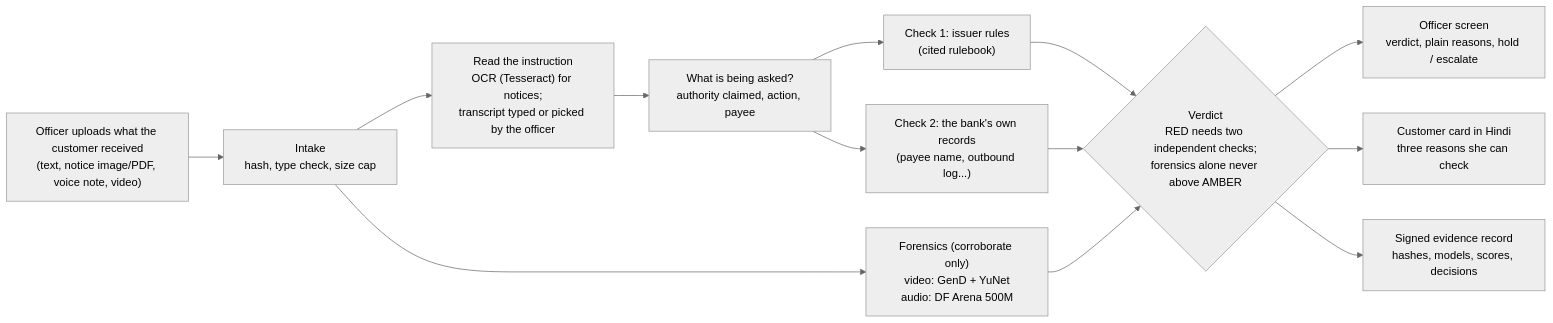
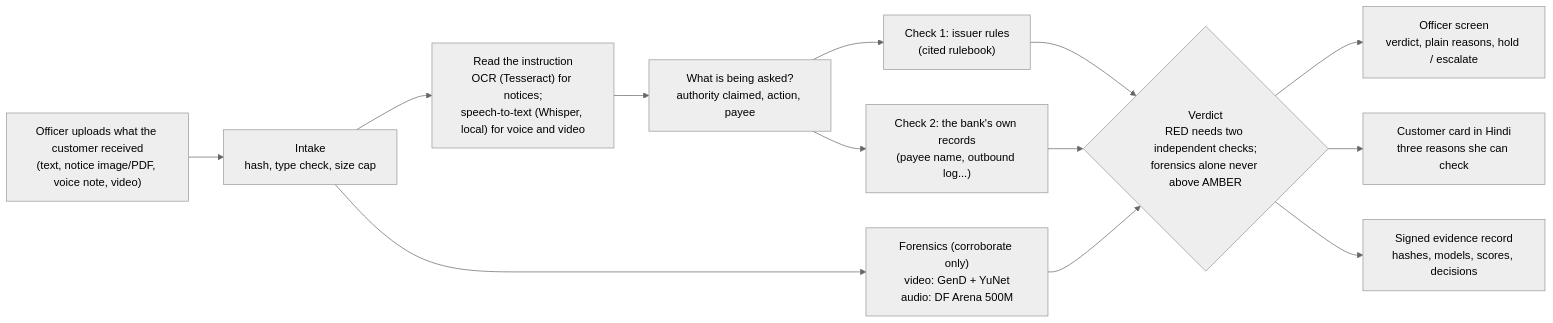
Before and after one commit to codebreaker32/satyapan: the first of 2 diagrams in docs/architecture.md, drawn with Mermaid (neutral theme). The commit also changed other lines of this file and 10 other files, not shown here.

````diff
--- a/docs/architecture.md
+++ b/docs/architecture.md
@@ -9,15 +9,15 @@
 ```mermaid
 flowchart LR
     A["Officer uploads what the customer received<br/>(text, notice image/PDF, voice note, video)"] --> B["Intake<br/>hash, type check, size cap"]
-    B --> C["Read the instruction<br/>OCR (Tesseract) for notices;<br/>transcript typed or picked by the officer"]
+    B --> C["Read the instruction<br/>OCR (Tesseract) for notices;<br/>speech-to-text (Whisper, local) for voice and video"]
     C --> D["What is being asked?<br/>authority claimed, action, payee"]
     D --> F1["Check 1: issuer rules<br/>(cited rulebook)"]
     D --> F2["Check 2: the bank's own records<br/>(payee name, outbound log...)"]
     B --> F3["Forensics (corroborate only)<br/>video: GenD + YuNet<br/>audio: DF Arena 500M"]
     F1 --> V{"Verdict<br/>RED needs two independent checks;<br/>forensics alone never above AMBER"}
     F2 --> V
     F3 --> V
     V --> O1["Officer screen<br/>verdict, plain reasons, hold / escalate"]
     V --> O2["Customer card in Hindi<br/>three reasons she can check"]
     V --> O3["Signed evidence record<br/>hashes, models, scores, decisions"]
 ```
````
